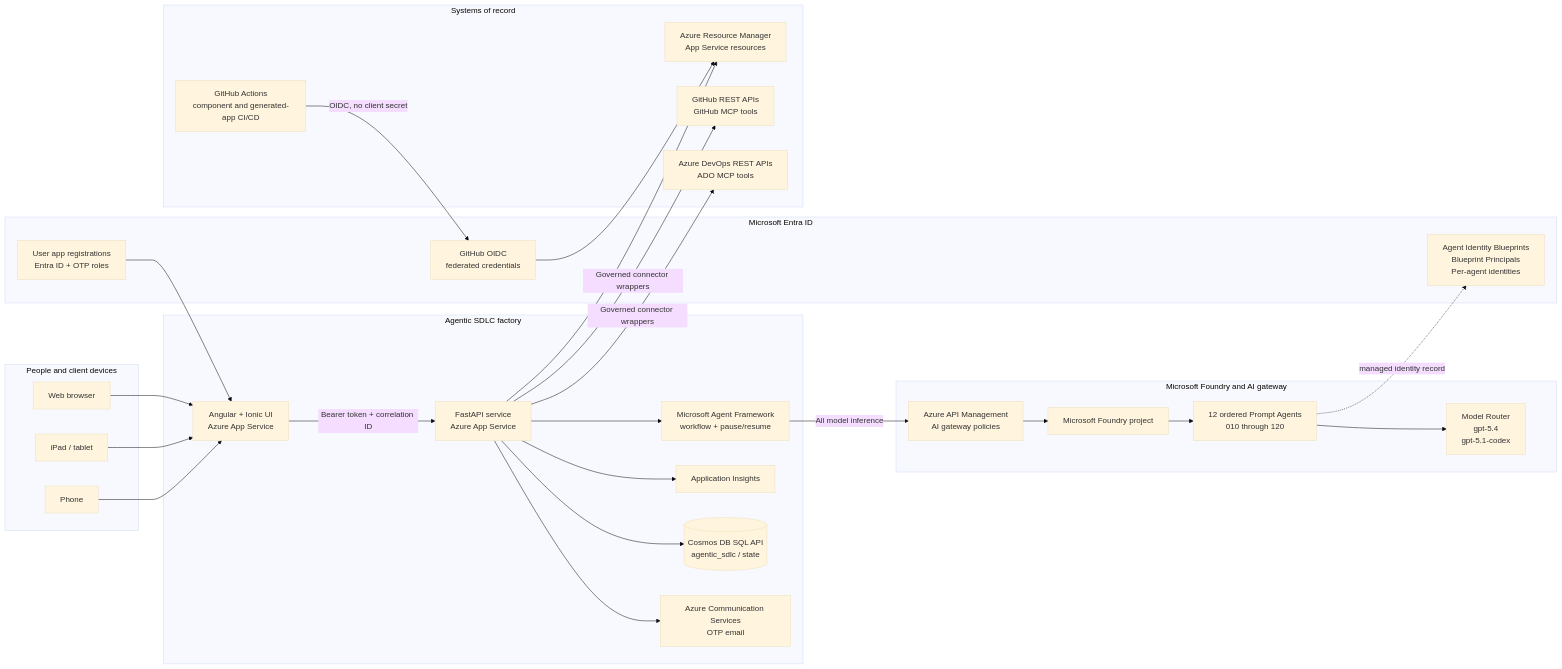
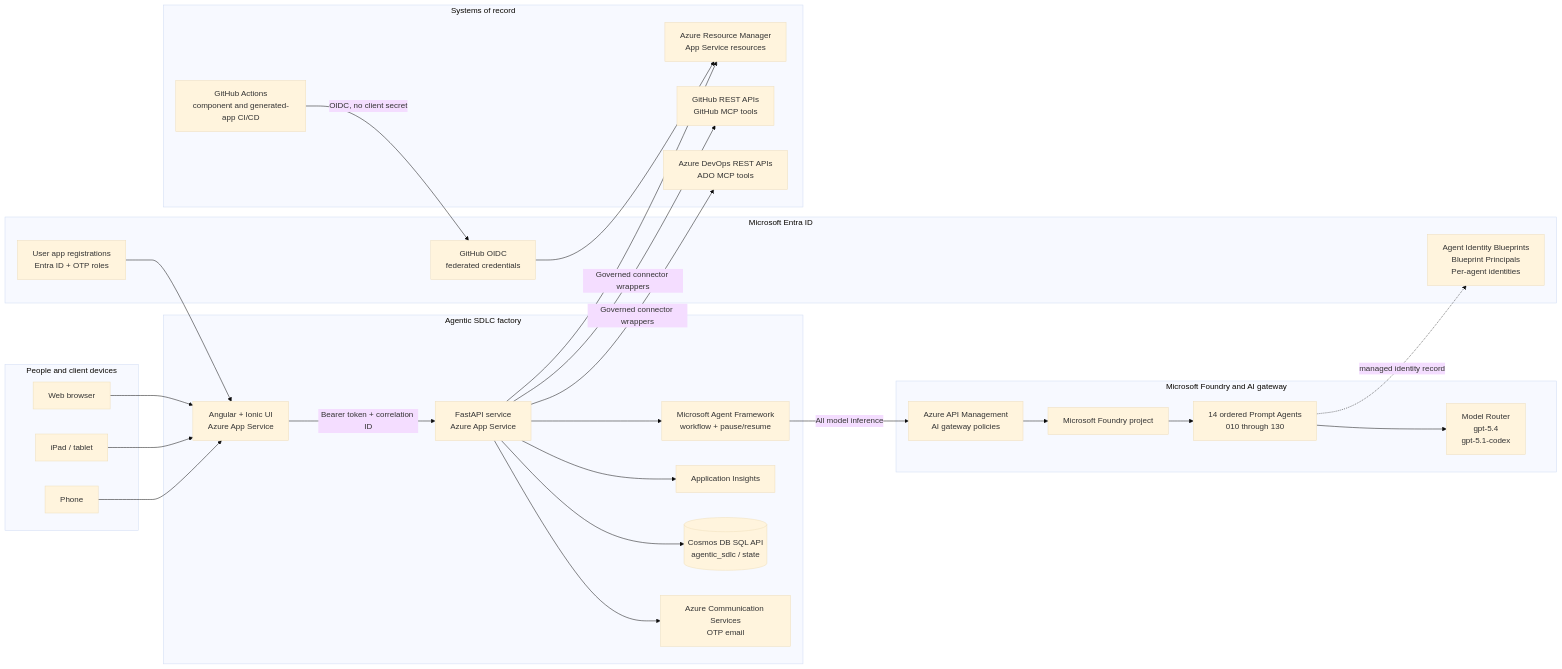
The diagram in docs/PROJECT-SETUP-PREREQUISITES.md (csdmichael/Foundry-Agentic-Workflow-SDLC-Docs), drawn with Mermaid (base theme) before and after one commit. The commit also changed other lines of this file and 2 other files, not shown here.

````diff
--- a/docs/PROJECT-SETUP-PREREQUISITES.md
+++ b/docs/PROJECT-SETUP-PREREQUISITES.md
@@ -10,57 +10,57 @@
 ```mermaid
 flowchart LR
   subgraph People[People and client devices]
     Web[Web browser]
     Tablet[iPad / tablet]
     Phone[Phone]
   end
 
   subgraph Identity[Microsoft Entra ID]
       UserAuth[User app registrations<br/>Entra ID + OTP roles]
       AgentIDs[Agent Identity Blueprints<br/>Blueprint Principals<br/>Per-agent identities]
       WorkloadOIDC[GitHub OIDC<br/>federated credentials]
   end
 
   subgraph Factory[Agentic SDLC factory]
       UI[Angular + Ionic UI<br/>Azure App Service]
       API[FastAPI service<br/>Azure App Service]
       MAF[Microsoft Agent Framework<br/>workflow + pause/resume]
       Store[(Cosmos DB SQL API<br/>agentic_sdlc / state)]
     Telemetry[Application Insights]
       Email[Azure Communication Services<br/>OTP email]
   end
 
   subgraph AI[Microsoft Foundry and AI gateway]
       APIM[Azure API Management<br/>AI gateway policies]
     Foundry[Microsoft Foundry project]
-      Agents[12 ordered Prompt Agents<br/>010 through 120]
+      Agents[14 ordered Prompt Agents<br/>010 through 130]
       Models[Model Router<br/>gpt-5.4<br/>gpt-5.1-codex]
   end
 
   subgraph Delivery[Systems of record]
       ADO[Azure DevOps REST APIs<br/>ADO MCP tools]
       GitHub[GitHub REST APIs<br/>GitHub MCP tools]
       Actions[GitHub Actions<br/>component and generated-app CI/CD]
       Azure[Azure Resource Manager<br/>App Service resources]
   end
 
   Web --> UI
   Tablet --> UI
   Phone --> UI
   UI -->|Bearer token + correlation ID| API
   UserAuth --> UI
   API --> Email
   API --> Store
   API --> Telemetry
   API --> MAF
   MAF -->|All model inference| APIM
   APIM --> Foundry
   Foundry --> Agents
   Agents --> Models
   Agents -. managed identity record .-> AgentIDs
   API -->|Governed connector wrappers| ADO
   API -->|Governed connector wrappers| GitHub
   API --> Azure
   Actions -->|OIDC, no client secret| WorkloadOIDC
   WorkloadOIDC --> Azure
 ```
````
